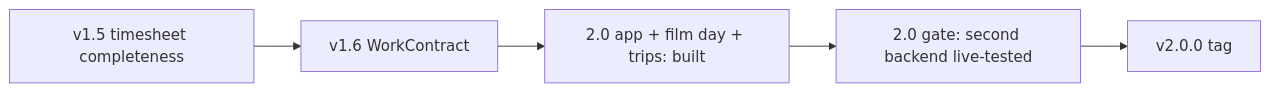
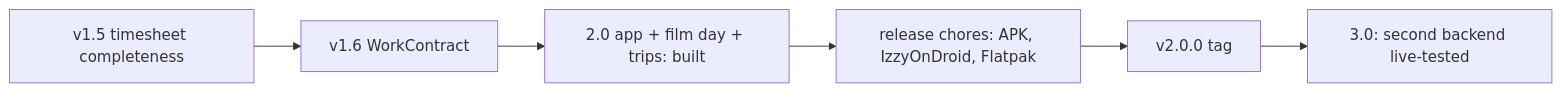
Before and after one commit to shrippen/Plasmai: the diagram in ROADMAP.md, drawn with Mermaid. The commit also changed other lines of this file and 95 other files, not shown here.

First line of the commit message:
Add a demo mode and prepare IzzyOnDroid and Flathub

````diff
--- a/ROADMAP.md
+++ b/ROADMAP.md
@@ -25,9 +21,10 @@
 ```mermaid
 flowchart LR
   v15[v1.5 timesheet completeness]
   v16[v1.6 WorkContract]
   app[2.0 app + film day + trips: built]
-  gate[2.0 gate: second backend live-tested]
+  chores[release chores: APK, IzzyOnDroid, Flatpak]
   tag[v2.0.0 tag]
-  v15 --> v16 --> app --> gate --> tag
+  gate[3.0: second backend live-tested]
+  v15 --> v16 --> app --> chores --> tag --> gate
 ```
````
